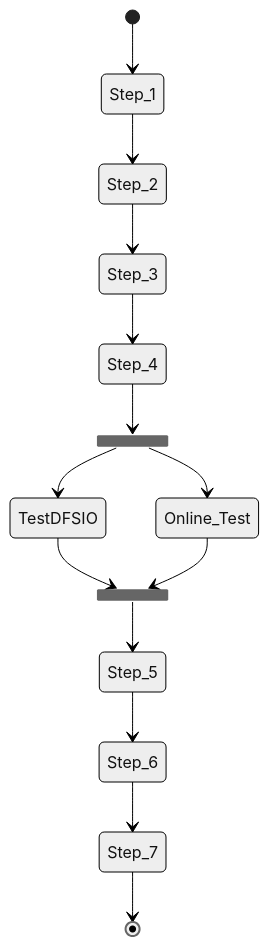
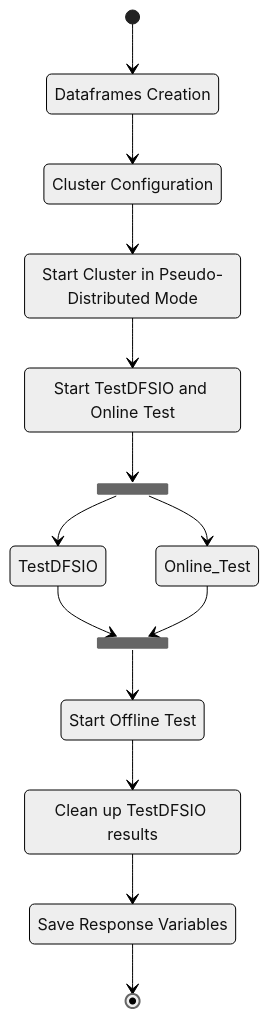
One commit to MaistoV/BSpenaHPQC changed the diagram in doc/Script.md. Above: the diagram before and after it, drawn with Mermaid (neutral theme). The commit also changed other lines of this file and 6 other files, not shown here.

````diff
--- a/doc/Script.md
+++ b/doc/Script.md
@@ -13,23 +13,27 @@
 ```mermaid
 stateDiagram-v2
     state fork_state <<fork>>
+    state join_state <<join>>
+    s1: Dataframes Creation
+    s2: Cluster Configuration
+    s3: Start Cluster in Pseudo-Distributed Mode
+    s4: Start TestDFSIO and Online Test 
+    s5: Start Offline Test
+    s6: Clean up TestDFSIO results
+    s7: Save Response Variables
         
-        
-        
-        
-        [*] --> Step_1
-        Step_1 --> Step_2
-        Step_2 --> Step_3
-        Step_3 --> Step_4
-        Step_4 --> fork_state
+        [*] --> s1
+        s1 --> s2
+        s2 --> s3
+        s3 --> s4
+        s4 --> fork_state
         fork_state --> TestDFSIO
         fork_state --> Online_Test
 
-        state join_state <<join>>
         TestDFSIO --> join_state
         Online_Test --> join_state
-        join_state --> Step_5
-        Step_5 --> Step_6
-        Step_6 --> Step_7
-        Step_7 --> [*]
+        join_state --> s5
+        s5 --> s6
+        s6 --> s7
+        s7 --> [*]
 ```
````
